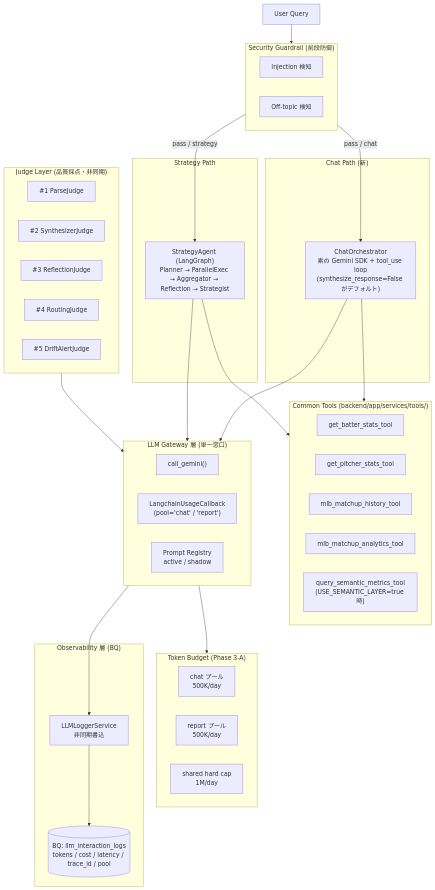
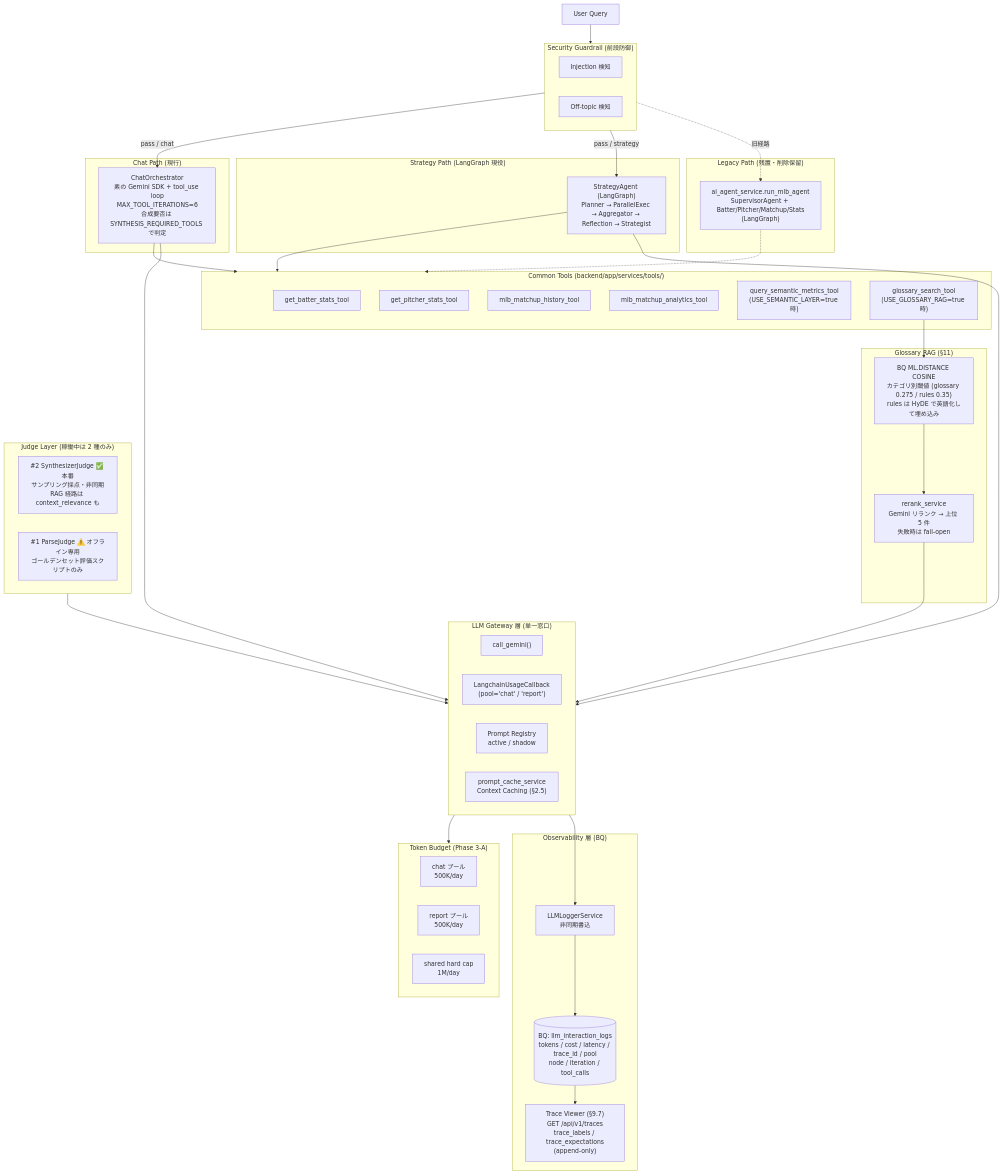
One commit to takeshimx/diamond-lens changed the first of 8 diagrams in README_ai_architecture.md. Above: the diagram before and after it, drawn with Mermaid. The commit also changed other lines of this file and 16 other files, not shown here.

````diff
--- a/README_ai_architecture.md
+++ b/README_ai_architecture.md
@@ -35,63 +40,78 @@
 ```mermaid
 graph TB
     User[User Query]
 
     subgraph Guardrail["Security Guardrail (前段防御)"]
         InjCheck[Injection 検知]
         OffTopic[Off-topic 検知]
     end
 
-    subgraph ChatPath["Chat Path (新)"]
-        ChatOrch["ChatOrchestrator<br/>素の Gemini SDK + tool_use loop<br/>(synthesize_response=False がデフォルト)"]
+    subgraph ChatPath["Chat Path (現行)"]
+        ChatOrch["ChatOrchestrator<br/>素の Gemini SDK + tool_use loop<br/>MAX_TOOL_ITERATIONS=6<br/>合成要否は SYNTHESIS_REQUIRED_TOOLS で判定"]
     end
 
-    subgraph StrategyPath["Strategy Path"]
+    subgraph StrategyPath["Strategy Path (LangGraph 現役)"]
         StrategyAgent["StrategyAgent (LangGraph)<br/>Planner → ParallelExec → Aggregator → Reflection → Strategist"]
+    end
+
+    subgraph LegacyPath["Legacy Path (残置・削除保留)"]
+        LegacyAgents["ai_agent_service.run_mlb_agent<br/>SupervisorAgent + Batter/Pitcher/Matchup/Stats<br/>(LangGraph)"]
     end
 
     subgraph CommonTools["Common Tools (backend/app/services/tools/)"]
         T1[get_batter_stats_tool]
         T2[get_pitcher_stats_tool]
         T3[mlb_matchup_history_tool]
         T4[mlb_matchup_analytics_tool]
         T5["query_semantic_metrics_tool<br/>(USE_SEMANTIC_LAYER=true 時)"]
+        T6["glossary_search_tool<br/>(USE_GLOSSARY_RAG=true 時)"]
+    end
+
+    subgraph RAG["Glossary RAG (§11)"]
+        VecSearch["BQ ML.DISTANCE COSINE<br/>カテゴリ別閾値 (glossary 0.275 / rules 0.35)<br/>rules は HyDE で英語化して埋め込み"]
+        Rerank["rerank_service<br/>Gemini リランク → 上位 5 件<br/>失敗時は fail-open"]
     end
 
     subgraph Gateway["LLM Gateway 層 (単一窓口)"]
         CallGemini["call_gemini()"]
         LCCallback["LangchainUsageCallback<br/>(pool='chat' / 'report')"]
         PromptReg[Prompt Registry<br/>active / shadow]
+        PromptCache["prompt_cache_service<br/>Context Caching (§2.5)"]
     end
 
     subgraph Budget["Token Budget (Phase 3-A)"]
         BudgetChat["chat プール<br/>500K/day"]
         BudgetReport["report プール<br/>500K/day"]
         BudgetShared["shared hard cap<br/>1M/day"]
     end
 
     subgraph Observability["Observability 層 (BQ)"]
         LogService[LLMLoggerService<br/>非同期書込]
-        BQLogs[(BQ: llm_interaction_logs<br/>tokens / cost / latency / trace_id / pool)]
+        BQLogs[(BQ: llm_interaction_logs<br/>tokens / cost / latency / trace_id / pool<br/>node / iteration / tool_calls)]
+        TraceViewer["Trace Viewer (§9.7)<br/>GET /api/v1/traces<br/>trace_labels / trace_expectations<br/>(append-only)"]
     end
 
-    subgraph Judges["Judge Layer (品質採点・非同期)"]
-        J1[#1 ParseJudge]
-        J2[#2 SynthesizerJudge]
-        J3[#3 ReflectionJudge]
-        J4[#4 RoutingJudge]
-        J5[#5 DriftAlertJudge]
+    subgraph Judges["Judge Layer (稼働中は 2 種のみ)"]
+        J2["#2 SynthesizerJudge ✅ 本番<br/>サンプリング採点・非同期<br/>RAG 経路は context_relevance も"]
+        J1["#1 ParseJudge ⚠️ オフライン専用<br/>ゴールデンセット評価スクリプトのみ"]
     end
 
     User --> Guardrail
     Guardrail -->|pass / chat| ChatOrch
     Guardrail -->|pass / strategy| StrategyAgent
+    Guardrail -.->|旧経路| LegacyAgents
     ChatOrch --> CommonTools
     StrategyAgent --> CommonTools
+    LegacyAgents -.-> CommonTools
+    T6 --> VecSearch
+    VecSearch --> Rerank
+    Rerank --> Gateway
     ChatOrch --> Gateway
     StrategyAgent --> Gateway
     Judges --> Gateway
 
     Gateway --> Budget
     Gateway --> LogService
     LogService --> BQLogs
+    BQLogs --> TraceViewer
 ```
````
